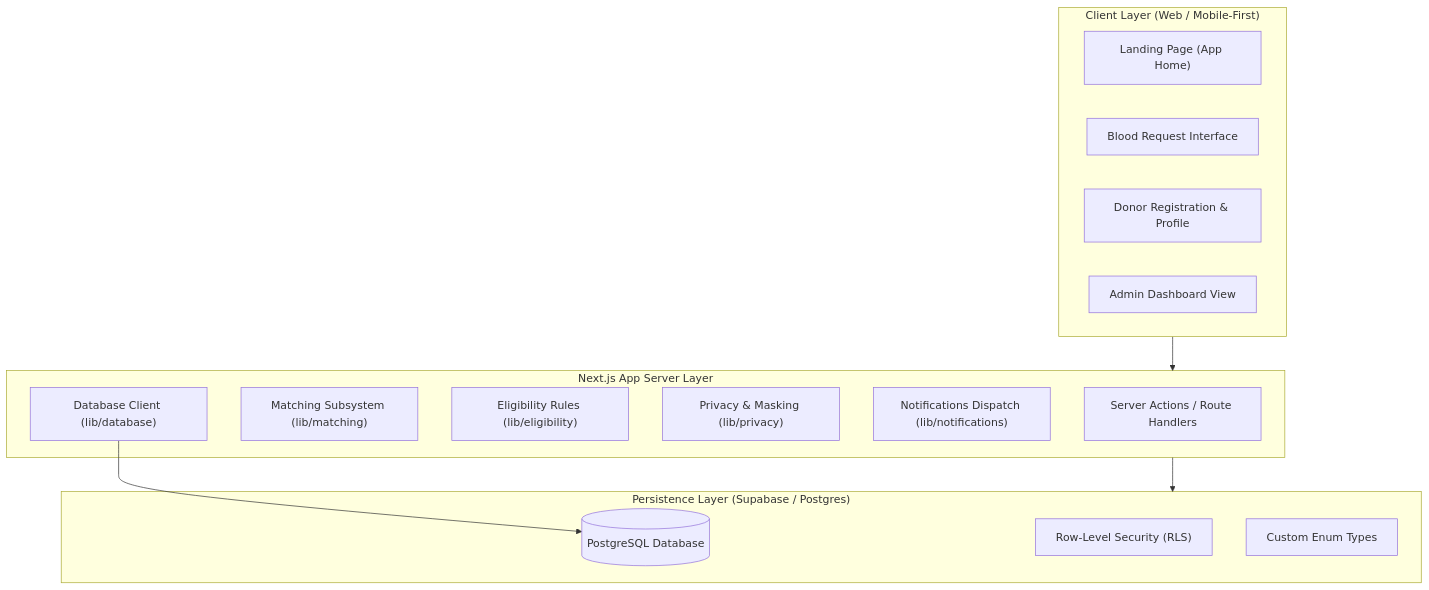
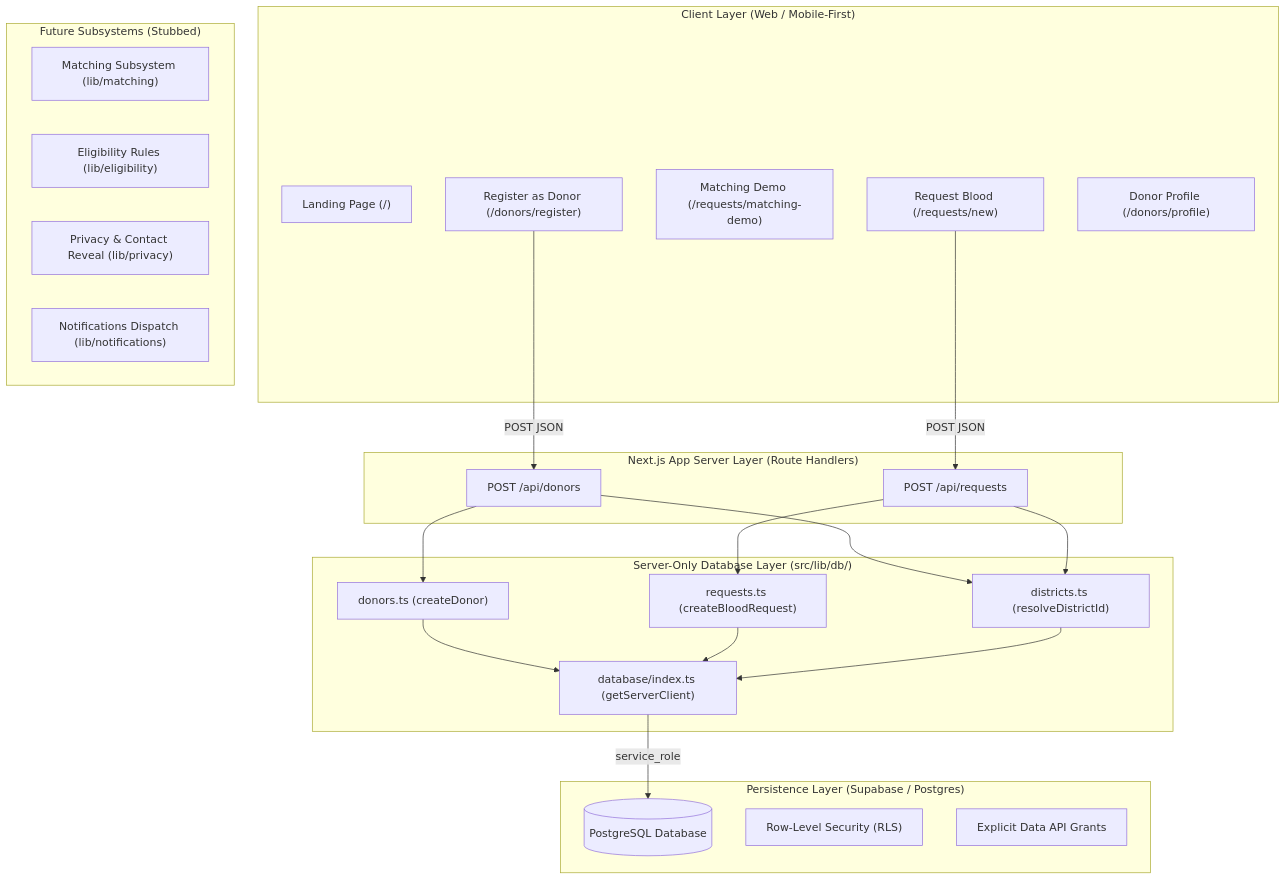
One commit to rohanmgeorgeo/hemo-match changed the diagram in docs/ARCHITECTURE.md. Above: the diagram before and after it, drawn with Mermaid. The commit also changed other lines of this file and 15 other files, not shown here.

````diff
--- a/docs/ARCHITECTURE.md
+++ b/docs/ARCHITECTURE.md
@@ -13,28 +13,46 @@
 ```mermaid
 flowchart TD
     subgraph Client ["Client Layer (Web / Mobile-First)"]
-        Landing["Landing Page (App Home)"]
-        RequestFlow["Blood Request Interface"]
-        DonorFlow["Donor Registration & Profile"]
-        AdminView["Admin Dashboard View"]
+        Landing["Landing Page (/)"]
+        RequestNew["Request Blood (/requests/new)"]
+        MatchingDemo["Matching Demo (/requests/matching-demo)"]
+        DonorRegister["Register as Donor (/donors/register)"]
+        DonorProfile["Donor Profile (/donors/profile)"]
     end
 
-    subgraph NextServer ["Next.js App Server Layer"]
-        ServerActions["Server Actions / Route Handlers"]
+    subgraph ServerBoundary ["Next.js App Server Layer (Route Handlers)"]
+        ApiDonors["POST /api/donors"]
+        ApiRequests["POST /api/requests"]
+    end
+
+    subgraph ServerOnlyModules ["Server-Only Database Layer (src/lib/db/)"]
+        DbDistricts["districts.ts (resolveDistrictId)"]
+        DbDonors["donors.ts (createDonor)"]
+        DbRequests["requests.ts (createBloodRequest)"]
+        DbClient["database/index.ts (getServerClient)"]
+    end
+
+    subgraph FutureSubsystems ["Future Subsystems (Stubbed)"]
         MatchingEngine["Matching Subsystem (lib/matching)"]
         EligibilityEngine["Eligibility Rules (lib/eligibility)"]
-        PrivacyEngine["Privacy & Masking (lib/privacy)"]
+        PrivacyEngine["Privacy & Contact Reveal (lib/privacy)"]
         NotificationEngine["Notifications Dispatch (lib/notifications)"]
-        DbClient["Database Client (lib/database)"]
     end
 
     subgraph Persistence ["Persistence Layer (Supabase / Postgres)"]
         DB[(PostgreSQL Database)]
         RLS["Row-Level Security (RLS)"]
-        Enums["Custom Enum Types"]
+        DataApi["Explicit Data API Grants"]
     end
 
-    Client --> NextServer
-    NextServer --> Persistence
-    DbClient --> DB
+    RequestNew -->|"POST JSON"| ApiRequests
+    DonorRegister -->|"POST JSON"| ApiDonors
+    ApiDonors --> DbDonors
+    ApiDonors --> DbDistricts
+    ApiRequests --> DbRequests
+    ApiRequests --> DbDistricts
+    DbDonors --> DbClient
+    DbRequests --> DbClient
+    DbDistricts --> DbClient
+    DbClient -->|"service_role"| DB
 ```
````
